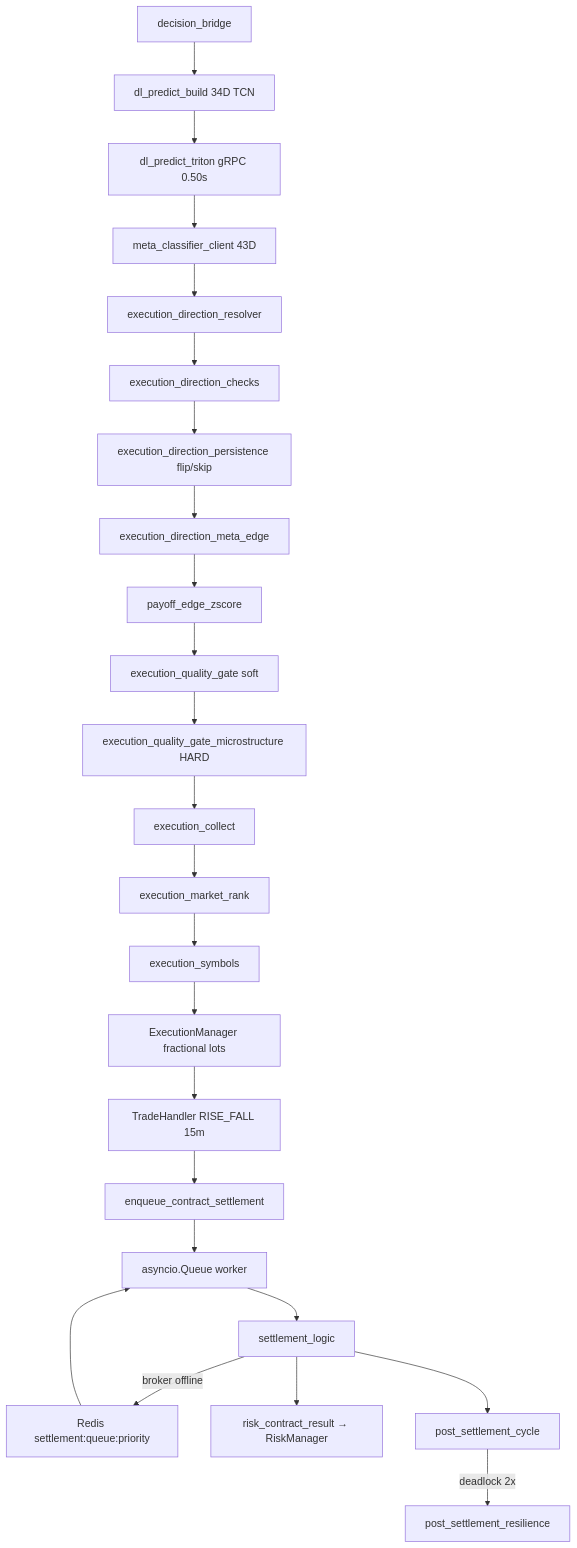
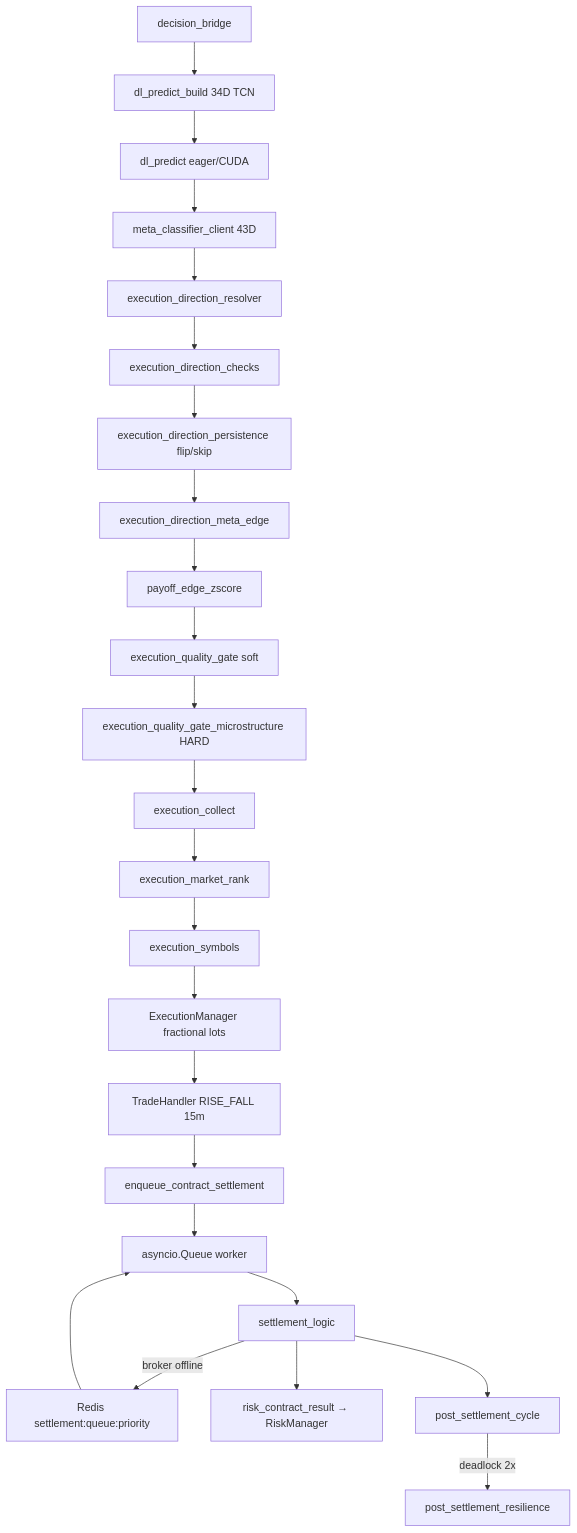
Before and after one commit to victorh-silveira/aether-quantum-engine: the diagram in docs/structure.md, drawn with Mermaid. The commit also changed other lines of this file and 115 other files, not shown here.

````diff
--- a/docs/structure.md
+++ b/docs/structure.md
@@ -482,26 +477,26 @@
 ```mermaid
 flowchart TD
   BR[decision_bridge] --> BUNDLE[dl_predict_build 34D TCN]
-  BUNDLE --> PRED[dl_predict_triton gRPC 0.50s]
+  BUNDLE --> PRED[dl_predict eager/CUDA]
   PRED --> META[meta_classifier_client 43D]
   META --> RES[execution_direction_resolver]
   RES --> CHK[execution_direction_checks]
   CHK --> DG[execution_direction_persistence flip/skip]
   DG --> EDGE[execution_direction_meta_edge]
   EDGE --> ZS[payoff_edge_zscore]
   ZS --> QG[execution_quality_gate soft]
   QG --> MICRO[execution_quality_gate_microstructure HARD]
   MICRO --> COL[execution_collect]
   COL --> RANK[execution_market_rank]
   RANK --> SYM[execution_symbols]
   SYM --> EM[ExecutionManager fractional lots]
   EM --> TH[TradeHandler RISE_FALL 15m]
   TH --> ENQ[enqueue_contract_settlement]
   ENQ --> WQ[asyncio.Queue worker]
   WQ --> ST[settlement_logic]
   ST -->|broker offline| RQ[Redis settlement:queue:priority]
   RQ --> WQ
   ST --> RM[risk_contract_result → RiskManager]
   ST --> PSC[post_settlement_cycle]
   PSC -->|deadlock 2x| REC[post_settlement_resilience]
 ```
````
